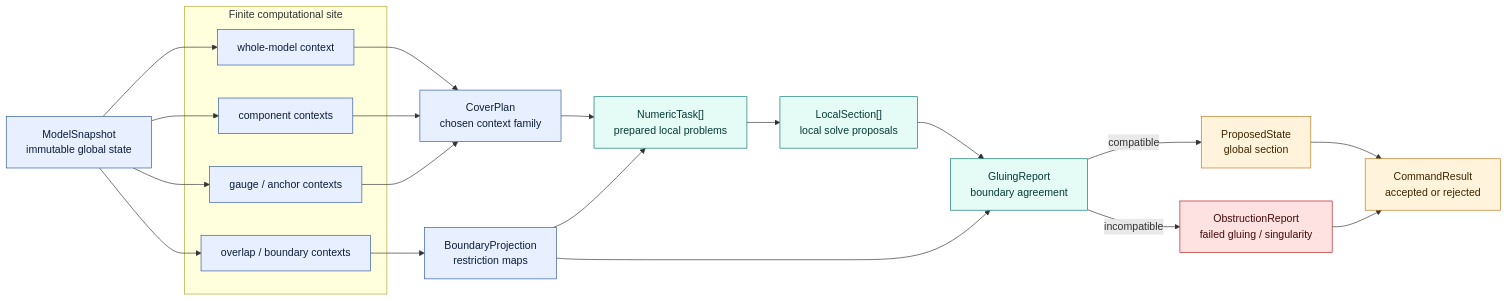
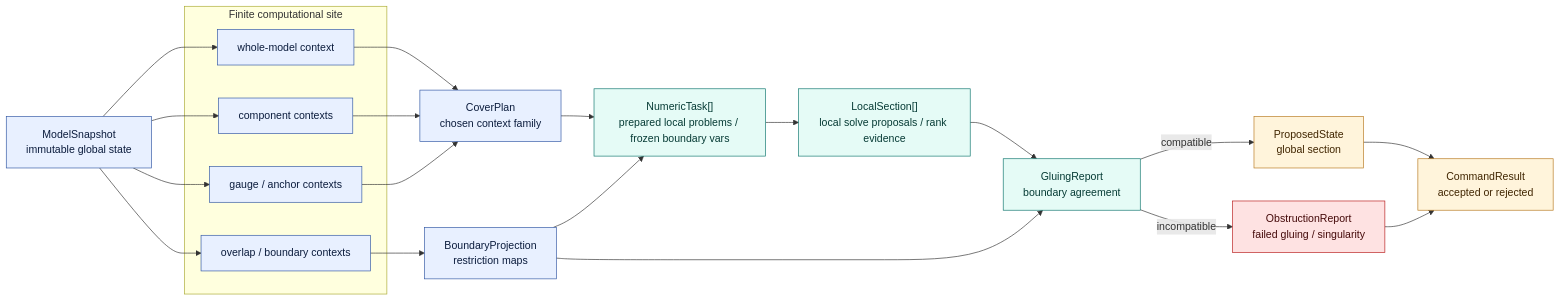
The third of 6 diagrams in docs/architecture/70-visualization/gcs-architecture-atlas.md (ShepherdQR/GCS), drawn with Mermaid before and after one commit. The commit also changed other lines of this file and 10 other files, not shown here.

````diff
--- a/docs/architecture/70-visualization/gcs-architecture-atlas.md
+++ b/docs/architecture/70-visualization/gcs-architecture-atlas.md
@@ -231,47 +260,47 @@
 ```mermaid
 flowchart LR
     snapshot["ModelSnapshot<br/>immutable global state"]
 
     subgraph site["Finite computational site"]
         whole["whole-model context"]
         component["component contexts"]
         overlap["overlap / boundary contexts"]
         gauge["gauge / anchor contexts"]
     end
 
     cover["CoverPlan<br/>chosen context family"]
     project["BoundaryProjection<br/>restriction maps"]
-    tasks["NumericTask[]<br/>prepared local problems"]
-    sections["LocalSection[]<br/>local solve proposals"]
+    tasks["NumericTask[]<br/>prepared local problems / frozen boundary vars"]
+    sections["LocalSection[]<br/>local solve proposals / rank evidence"]
     glue["GluingReport<br/>boundary agreement"]
     global["ProposedState<br/>global section"]
     obstruction["ObstructionReport<br/>failed gluing / singularity"]
     result["CommandResult<br/>accepted or rejected"]
 
     snapshot --> whole
     snapshot --> component
     snapshot --> overlap
     snapshot --> gauge
     whole --> cover
     component --> cover
     overlap --> project
     gauge --> cover
     cover --> tasks
     project --> tasks
     tasks --> sections
     sections --> glue
     project --> glue
     glue -->|compatible| global
     glue -->|incompatible| obstruction
     global --> result
     obstruction --> result
 
     classDef domain fill:#e8f0ff,stroke:#3157a4,color:#0b1c3d;
     classDef solve fill:#e5fbf6,stroke:#0f766e,color:#063b35;
     classDef orchestrate fill:#fff4db,stroke:#b7791f,color:#402500;
     classDef fail fill:#fee2e2,stroke:#b91c1c,color:#450a0a;
     class snapshot,whole,component,overlap,gauge,cover,project domain;
     class tasks,sections,glue solve;
     class global,result orchestrate;
     class obstruction fail;
 ```
````
